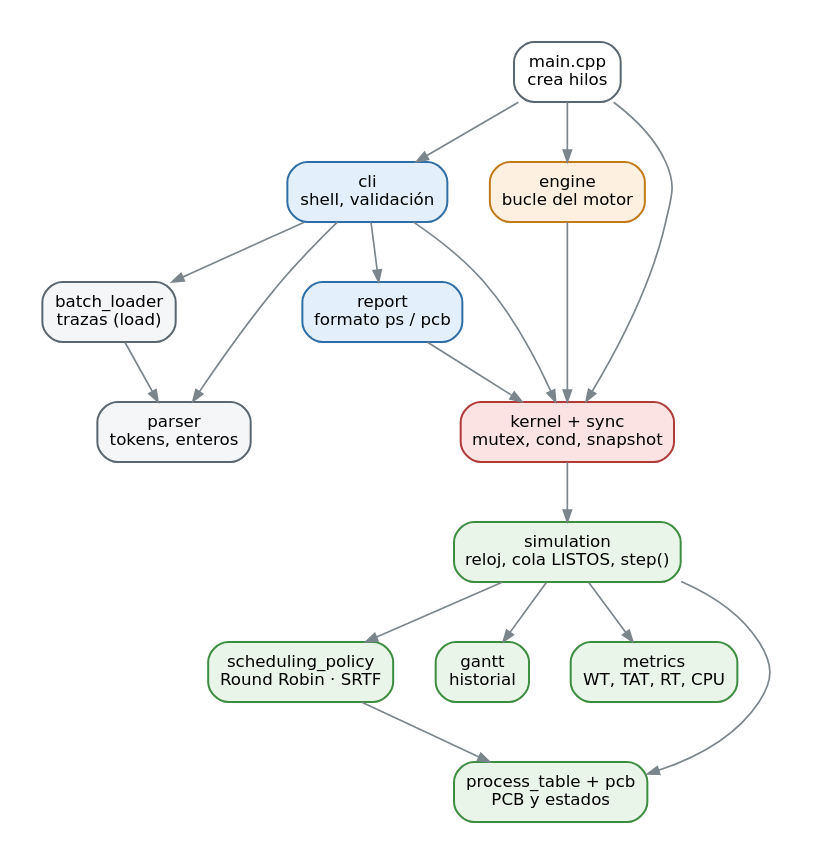
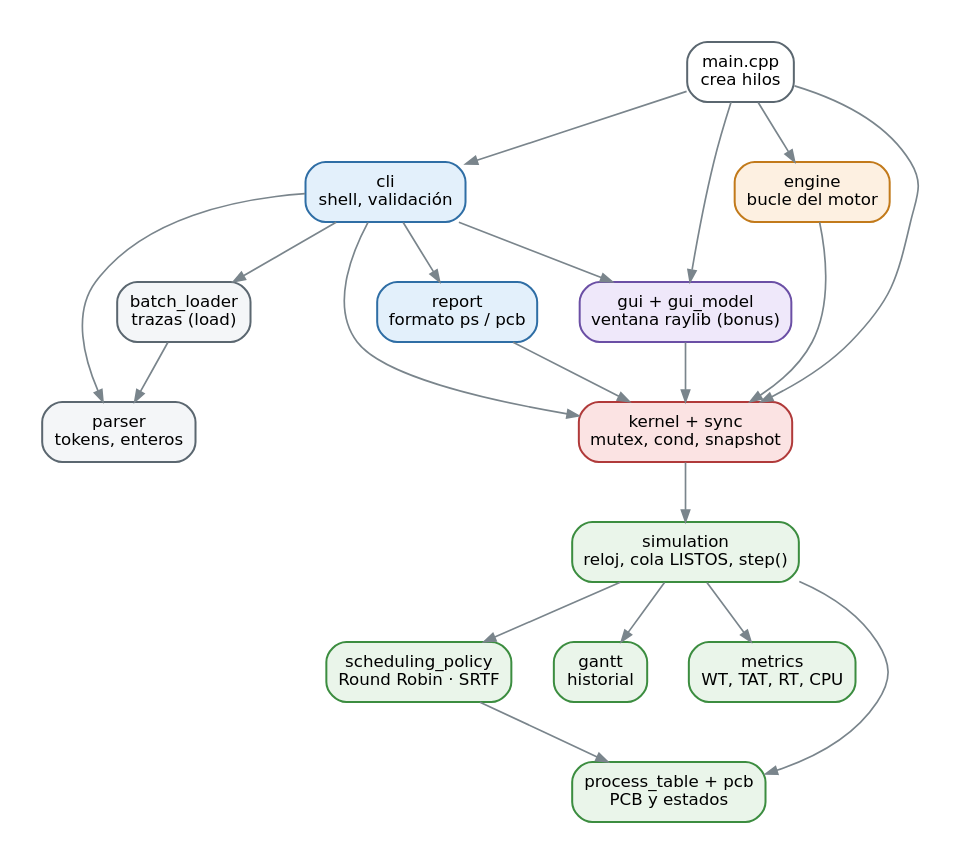
One commit to RobxrtoF/simulador-kernel-so changed the diagram in docs/diagramas/modulos.dot. Above: the diagram before and after it, drawn with Graphviz. The commit also changed 5 other files, not shown here.

```diff
--- a/docs/diagramas/modulos.dot
+++ b/docs/diagramas/modulos.dot
@@ -1,27 +1,29 @@
 // Estructura modular y dependencias. Regenerar con: docs/generar_documentos.sh
 digraph modulos {
   graph [rankdir=TB, fontname="DejaVu Sans", fontsize=11, nodesep=0.35, ranksep=0.5, bgcolor="white", pad=0.25];
   node  [fontname="DejaVu Sans", fontsize=10, shape=box, style="rounded,filled", fillcolor="#F4F6F8", color="#5B6770", penwidth=1.2];
   edge  [color="#7A858C", arrowsize=0.7];
 
   main   [label="main.cpp\ncrea hilos", fillcolor="#FFFFFF"];
   cli    [label="cli\nshell, validación", fillcolor="#E3F0FB", color="#2F6EA5"];
+  gui    [label="gui + gui_model\nventana raylib (bonus)", fillcolor="#EFE8FA", color="#6B4FA5"];
   report [label="report\nformato ps / pcb", fillcolor="#E3F0FB", color="#2F6EA5"];
   engine [label="engine\nbucle del motor", fillcolor="#FDF0E1", color="#C27A1B"];
   kernel [label="kernel + sync\nmutex, cond, snapshot", fillcolor="#FBE3E3", color="#B03A3A"];
   simu   [label="simulation\nreloj, cola LISTOS, step()", fillcolor="#EAF5EA", color="#3C8D40"];
   policy [label="scheduling_policy\nRound Robin · SRTF", fillcolor="#EAF5EA", color="#3C8D40"];
   gantt  [label="gantt\nhistorial", fillcolor="#EAF5EA", color="#3C8D40"];
   metrics[label="metrics\nWT, TAT, RT, CPU", fillcolor="#EAF5EA", color="#3C8D40"];
   table  [label="process_table + pcb\nPCB y estados", fillcolor="#EAF5EA", color="#3C8D40"];
   batch  [label="batch_loader\ntrazas (load)"];
   parser [label="parser\ntokens, enteros"];
 
-  main -> cli; main -> engine; main -> kernel;
+  main -> cli; main -> engine; main -> kernel; main -> gui;
+  gui -> kernel; cli -> gui;
   cli -> kernel; cli -> report; cli -> parser; cli -> batch;
   report -> kernel;
   engine -> kernel;
   kernel -> simu;
   simu -> policy; simu -> gantt; simu -> metrics; simu -> table;
   policy -> table; batch -> parser;
 }
```
